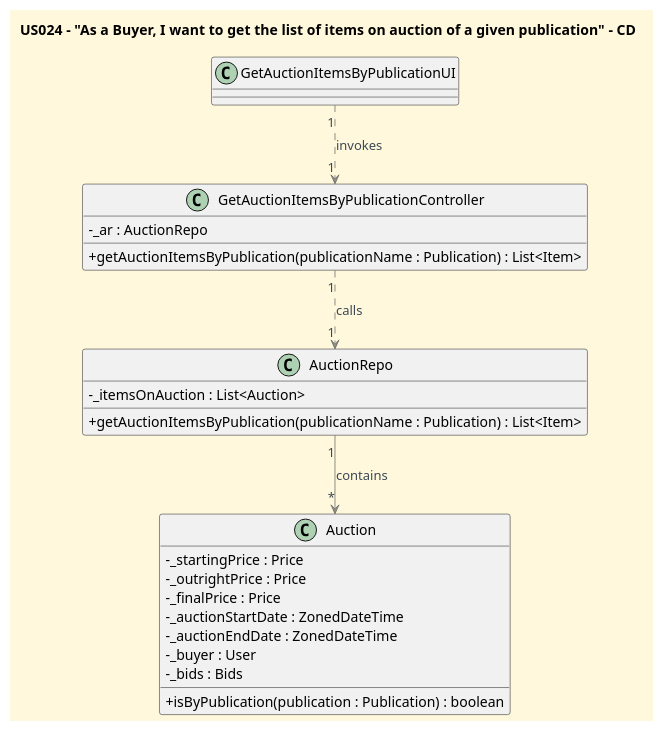
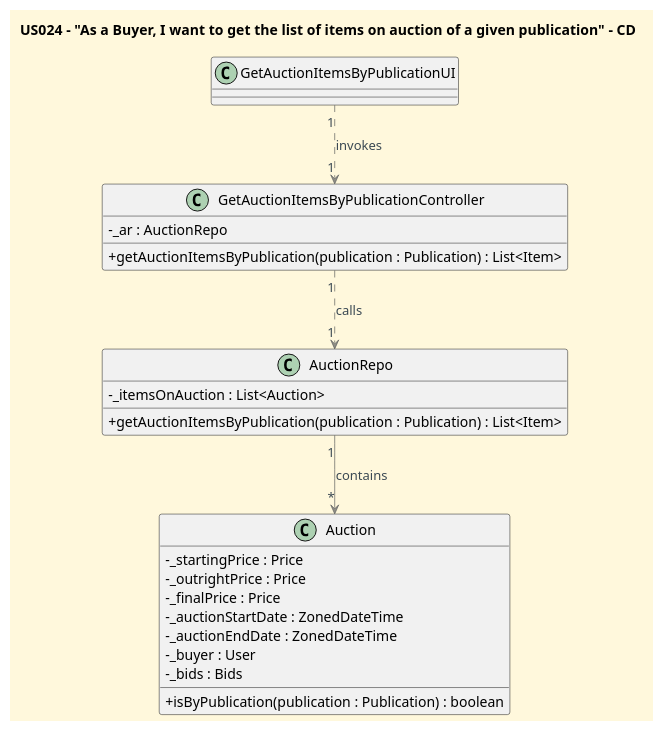
Before and after one commit to CarolinaLeite-collab/JavaMarketplacePlatform: the diagram in docs/userStories/US024/US024_get_list_of_items_on_auction_of_given_publication_CD.puml, drawn with PlantUML. The commit also changed 2 other files, not shown here.

```diff
--- a/docs/userStories/US024/US024_get_list_of_items_on_auction_of_given_publication_CD.puml
+++ b/docs/userStories/US024/US024_get_list_of_items_on_auction_of_given_publication_CD.puml
@@ -1,52 +1,52 @@
 @startuml
 'https://plantuml.com/class-diagram
 title US024 - "As a Buyer, I want to get the list of items on auction of a given publication" - CD
 
 '==== basic style ====
 skinparam monochrome false
 skinparam shadowing false
 skinparam defaultFontName Futura
 skinparam objectFontSize 20
 skinparam backgroundColor CornSilk
 skinparam objectBackgroundColor WhiteSmoke
 skinparam noteBackgroundColor #FFFFE0
 skinparam ArrowFontColor #3B4953
 skinparam ActivationBackgroundColor black
 skinparam classAttributeIconSize 0
 skinparam ArrowColor #57595BAA
 
 
 class GetAuctionItemsByPublicationUI {
 
 }
 
 class GetAuctionItemsByPublicationController {
 
 - _ar : AuctionRepo
-+ getAuctionItemsByPublication(publicationName : Publication) : List<Item>
++ getAuctionItemsByPublication(publication : Publication) : List<Item>
 }
 
 class AuctionRepo {
 - _itemsOnAuction : List<Auction>
-+getAuctionItemsByPublication(publicationName : Publication) : List<Item>
++getAuctionItemsByPublication(publication : Publication) : List<Item>
 
 }
 
 class Auction {
 
 -_startingPrice : Price
 -_outrightPrice : Price
 -_finalPrice : Price
 - _auctionStartDate : ZonedDateTime
 -_auctionEndDate : ZonedDateTime
 -_buyer : User
 -_bids : Bids
 +isByPublication(publication : Publication) : boolean
 
 }
 
 GetAuctionItemsByPublicationUI "1" ..> "1" GetAuctionItemsByPublicationController : invokes
 GetAuctionItemsByPublicationController "1" ..> "1" AuctionRepo : calls
 AuctionRepo "1" --> "*" Auction : contains
 
 @enduml
```
